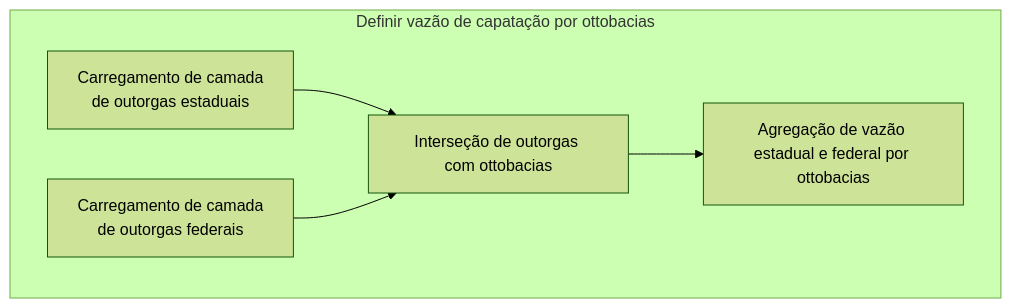
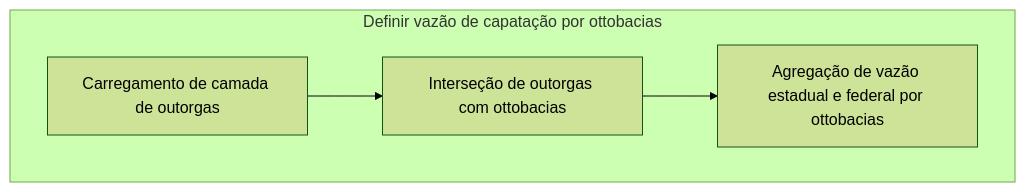
Before and after one commit to brunoguterres/ParaibaHidroGIS: the fourth of 6 diagrams in pyqgis/documentacao.md, drawn with Mermaid (forest theme). The commit also changed other lines of this file, not shown here.

````diff
--- a/pyqgis/documentacao.md
+++ b/pyqgis/documentacao.md
@@ -54,12 +60,8 @@
 ```mermaid
     flowchart TD
     subgraph A[Definir vazão de capatação por ottobacias]
-        B[Carregamento de camada
-        de outorgas estaduais]
-        C[Carregamento de camada
-        de outorgas federais]
+        B[Carregamento de camada de outorgas]
         B --> D[Interseção de outorgas com ottobacias]
-        C --> D
         D --> E[Agregação de vazão estadual e federal por ottobacias]
     end
 ```
````
